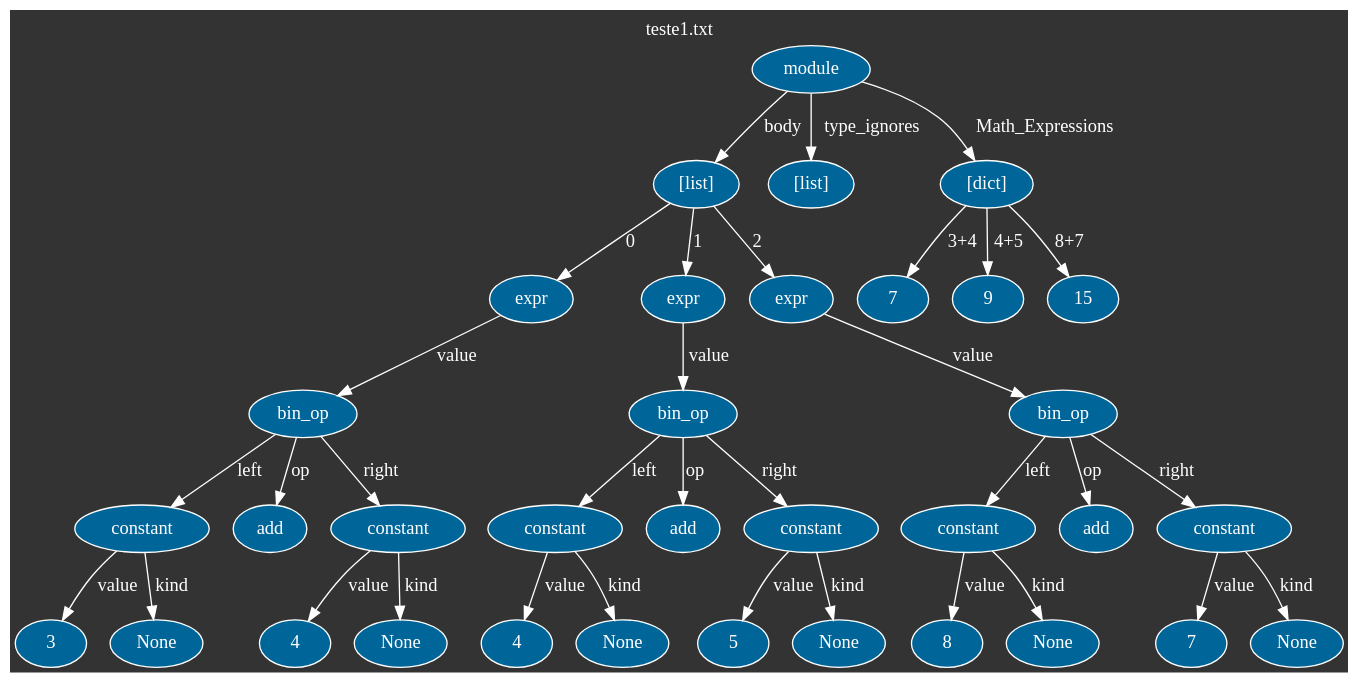
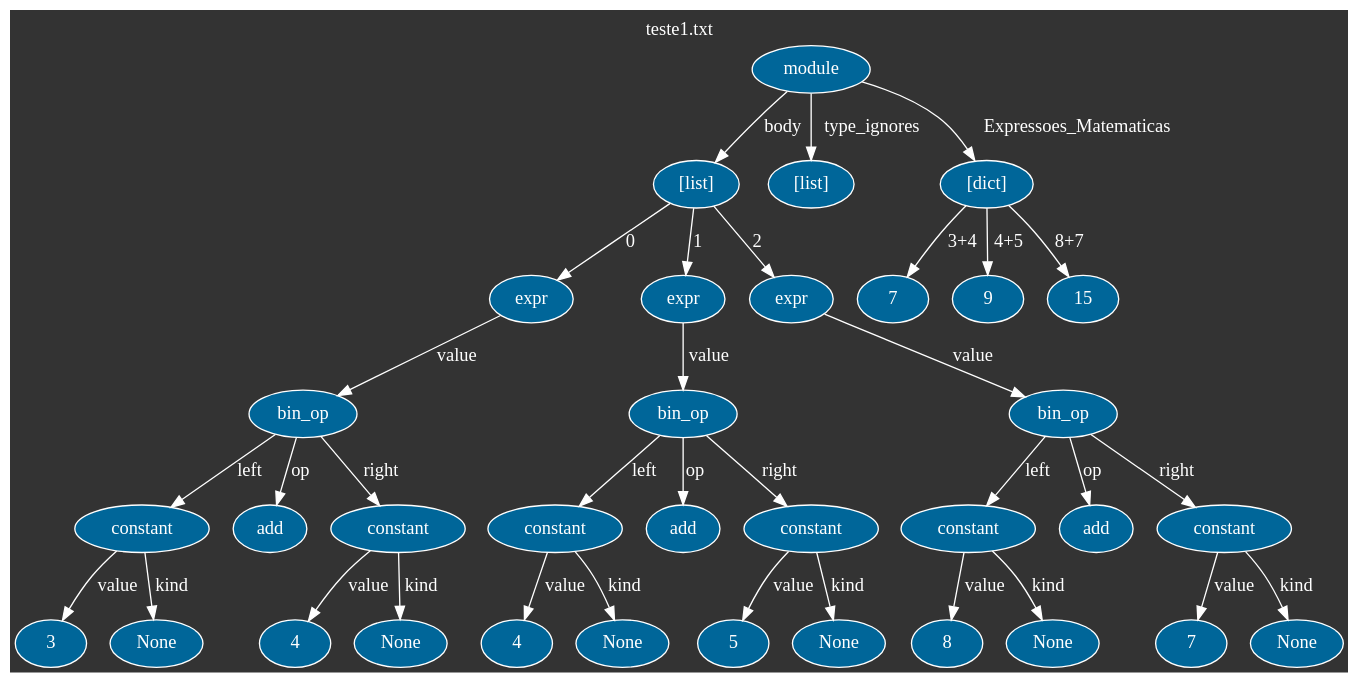
One commit to Mandella-thi/A3_teroria_comp changed the diagram in Digraph.gv. Above: the diagram before and after it, drawn with Graphviz. The commit also changed 2 other files, not shown here.

```diff
--- a/Digraph.gv
+++ b/Digraph.gv
@@ -1,72 +1,72 @@
 digraph {
 	graph [bgcolor="#333333" fontcolor=white label="teste1.txt" labelloc=t margin=0]
 	node [color=white fillcolor="#006699" fontcolor=white style=filled]
 	edge [color=white fontcolor=white]
-	2537287116544 [label=module]
-	2537287057152 [label="[list]"]
-	2537287116736 [label=expr]
-	2537287116928 [label=bin_op]
-	2537287117312 [label=constant]
-	"07ba91e1-345f-46dc-a013-23883fb7516f" [label=3]
-	2537287117312 -> "07ba91e1-345f-46dc-a013-23883fb7516f" [label=value]
-	"338b97f3-90a2-4b40-87d9-c7cc7ba9a950" [label=None]
-	2537287117312 -> "338b97f3-90a2-4b40-87d9-c7cc7ba9a950" [label=kind]
-	2537287116928 -> 2537287117312 [label=left]
-	2537287116672 [label=add]
-	2537287116928 -> 2537287116672 [label=op]
-	2537287116800 [label=constant]
-	"3fab8dd1-ee39-4a1c-bf36-c576047baa00" [label=4]
-	2537287116800 -> "3fab8dd1-ee39-4a1c-bf36-c576047baa00" [label=value]
-	"e156b8a3-31de-49bd-9d61-e082ef8cec04" [label=None]
-	2537287116800 -> "e156b8a3-31de-49bd-9d61-e082ef8cec04" [label=kind]
-	2537287116928 -> 2537287116800 [label=right]
-	2537287116736 -> 2537287116928 [label=value]
-	2537287057152 -> 2537287116736 [label=0]
-	2537287117568 [label=expr]
-	2537287116608 [label=bin_op]
-	2537287117696 [label=constant]
-	"e64c8d32-cafc-44cd-afb2-66fb52487862" [label=4]
-	2537287117696 -> "e64c8d32-cafc-44cd-afb2-66fb52487862" [label=value]
-	"ba47035e-3502-4bab-b3c1-bb687cfac849" [label=None]
-	2537287117696 -> "ba47035e-3502-4bab-b3c1-bb687cfac849" [label=kind]
-	2537287116608 -> 2537287117696 [label=left]
-	2537287118656 [label=add]
-	2537287116608 -> 2537287118656 [label=op]
-	2537287254080 [label=constant]
-	"3d1f0c7a-f0d1-4955-8266-4f5333f5e586" [label=5]
-	2537287254080 -> "3d1f0c7a-f0d1-4955-8266-4f5333f5e586" [label=value]
-	"9a18cd4a-b6ca-44c7-ad95-5b51a6e2887a" [label=None]
-	2537287254080 -> "9a18cd4a-b6ca-44c7-ad95-5b51a6e2887a" [label=kind]
-	2537287116608 -> 2537287254080 [label=right]
-	2537287117568 -> 2537287116608 [label=value]
-	2537287057152 -> 2537287117568 [label=1]
-	2537287254400 [label=expr]
-	2537287254592 [label=bin_op]
-	2537287254720 [label=constant]
-	"b878054b-a0a3-4e6b-ba96-8d465ab6a194" [label=8]
-	2537287254720 -> "b878054b-a0a3-4e6b-ba96-8d465ab6a194" [label=value]
-	"84dfe159-6038-4c88-95bb-2ed62c20e889" [label=None]
-	2537287254720 -> "84dfe159-6038-4c88-95bb-2ed62c20e889" [label=kind]
-	2537287254592 -> 2537287254720 [label=left]
-	2537287255040 [label=add]
-	2537287254592 -> 2537287255040 [label=op]
-	2537287255232 [label=constant]
-	"ab09d9fa-d41d-4e19-b68a-770309ed3c9a" [label=7]
-	2537287255232 -> "ab09d9fa-d41d-4e19-b68a-770309ed3c9a" [label=value]
-	"779cf25e-7cc4-45f7-a088-9857a923f1bc" [label=None]
-	2537287255232 -> "779cf25e-7cc4-45f7-a088-9857a923f1bc" [label=kind]
-	2537287254592 -> 2537287255232 [label=right]
-	2537287254400 -> 2537287254592 [label=value]
-	2537287057152 -> 2537287254400 [label=2]
-	2537287116544 -> 2537287057152 [label=body]
-	2537286917568 [label="[list]"]
-	2537287116544 -> 2537286917568 [label=type_ignores]
-	2537287256320 [label="[dict]"]
-	"382a68e8-d2b9-42a7-bb3f-7a1f482c31d5" [label=7]
-	2537287256320 -> "382a68e8-d2b9-42a7-bb3f-7a1f482c31d5" [label="3+4"]
-	"34f9ad0f-c3f4-409e-97b1-7b940405dff3" [label=9]
-	2537287256320 -> "34f9ad0f-c3f4-409e-97b1-7b940405dff3" [label="4+5"]
-	"bfeb1756-b837-4e34-b9a1-e7e1338b866b" [label=15]
-	2537287256320 -> "bfeb1756-b837-4e34-b9a1-e7e1338b866b" [label="8+7"]
-	2537287116544 -> 2537287256320 [label=Math_Expressions]
+	1447438806464 [label=module]
+	1447438797376 [label="[list]"]
+	1447438806528 [label=expr]
+	1447438806592 [label=bin_op]
+	1447438807360 [label=constant]
+	"ae32a713-3969-4828-8ffc-0cf30d8e96f1" [label=3]
+	1447438807360 -> "ae32a713-3969-4828-8ffc-0cf30d8e96f1" [label=value]
+	"60cbf71d-fb4f-470d-85bb-a743dfdbf5a5" [label=None]
+	1447438807360 -> "60cbf71d-fb4f-470d-85bb-a743dfdbf5a5" [label=kind]
+	1447438806592 -> 1447438807360 [label=left]
+	1447438807232 [label=add]
+	1447438806592 -> 1447438807232 [label=op]
+	1447438806848 [label=constant]
+	"83ec4c65-b707-44fb-bb46-527fa2a8aab2" [label=4]
+	1447438806848 -> "83ec4c65-b707-44fb-bb46-527fa2a8aab2" [label=value]
+	"1201ba2f-93ad-4bbb-aa17-2d42323065fe" [label=None]
+	1447438806848 -> "1201ba2f-93ad-4bbb-aa17-2d42323065fe" [label=kind]
+	1447438806592 -> 1447438806848 [label=right]
+	1447438806528 -> 1447438806592 [label=value]
+	1447438797376 -> 1447438806528 [label=0]
+	1447438806976 [label=expr]
+	1447438807040 [label=bin_op]
+	1447438807104 [label=constant]
+	"2621cc8b-db02-4931-80d8-203a2138c576" [label=4]
+	1447438807104 -> "2621cc8b-db02-4931-80d8-203a2138c576" [label=value]
+	"24223b51-968d-46fa-bac3-b8d443d6dc78" [label=None]
+	1447438807104 -> "24223b51-968d-46fa-bac3-b8d443d6dc78" [label=kind]
+	1447438807040 -> 1447438807104 [label=left]
+	1447438807488 [label=add]
+	1447438807040 -> 1447438807488 [label=op]
+	1447438807552 [label=constant]
+	"9c6beca7-f03f-4e6e-ad54-1cb1e7ec5281" [label=5]
+	1447438807552 -> "9c6beca7-f03f-4e6e-ad54-1cb1e7ec5281" [label=value]
+	"d58afda5-2ecf-4964-9e66-c501b49eb294" [label=None]
+	1447438807552 -> "d58afda5-2ecf-4964-9e66-c501b49eb294" [label=kind]
+	1447438807040 -> 1447438807552 [label=right]
+	1447438806976 -> 1447438807040 [label=value]
+	1447438797376 -> 1447438806976 [label=1]
+	1447438807680 [label=expr]
+	1447438807744 [label=bin_op]
+	1447438807808 [label=constant]
+	"1c34bd74-5667-4ce5-aa9b-2dba59c6d6c5" [label=8]
+	1447438807808 -> "1c34bd74-5667-4ce5-aa9b-2dba59c6d6c5" [label=value]
+	"e8466a25-83cd-4b3c-bcce-b05f387e24e5" [label=None]
+	1447438807808 -> "e8466a25-83cd-4b3c-bcce-b05f387e24e5" [label=kind]
+	1447438807744 -> 1447438807808 [label=left]
+	1447438807936 [label=add]
+	1447438807744 -> 1447438807936 [label=op]
+	1447438808000 [label=constant]
+	"c65d23a6-4145-4d28-998c-b284c51e91f0" [label=7]
+	1447438808000 -> "c65d23a6-4145-4d28-998c-b284c51e91f0" [label=value]
+	"c0c058ff-9681-445d-81da-b034cce6a7ca" [label=None]
+	1447438808000 -> "c0c058ff-9681-445d-81da-b034cce6a7ca" [label=kind]
+	1447438807744 -> 1447438808000 [label=right]
+	1447438807680 -> 1447438807744 [label=value]
+	1447438797376 -> 1447438807680 [label=2]
+	1447438806464 -> 1447438797376 [label=body]
+	1447438795456 [label="[list]"]
+	1447438806464 -> 1447438795456 [label=type_ignores]
+	1447438808256 [label="[dict]"]
+	"c526cf2f-4c71-4060-83d9-8876244c6716" [label=7]
+	1447438808256 -> "c526cf2f-4c71-4060-83d9-8876244c6716" [label="3+4"]
+	"da141ca3-4af6-46be-98c6-41f9615c89a6" [label=9]
+	1447438808256 -> "da141ca3-4af6-46be-98c6-41f9615c89a6" [label="4+5"]
+	"f1387402-0368-4813-890c-3b33bba2611a" [label=15]
+	1447438808256 -> "f1387402-0368-4813-890c-3b33bba2611a" [label="8+7"]
+	1447438806464 -> 1447438808256 [label=Expressoes_Matematicas]
 }
```
